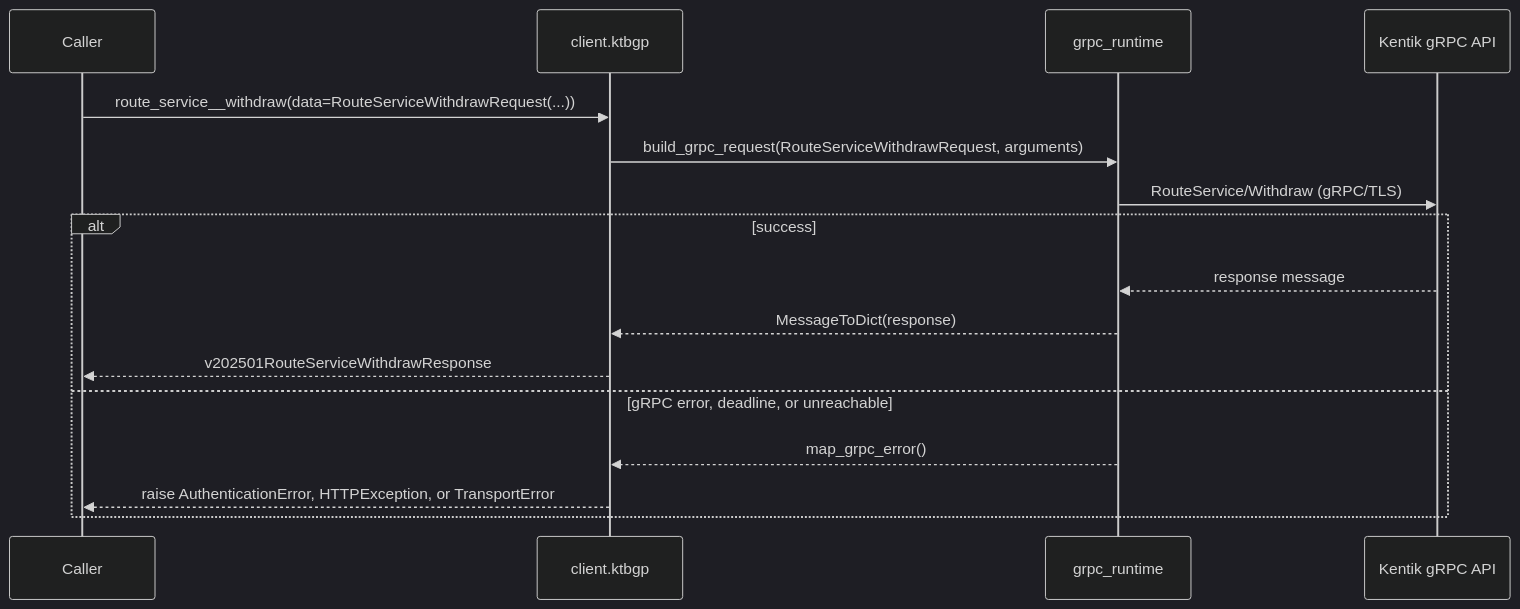
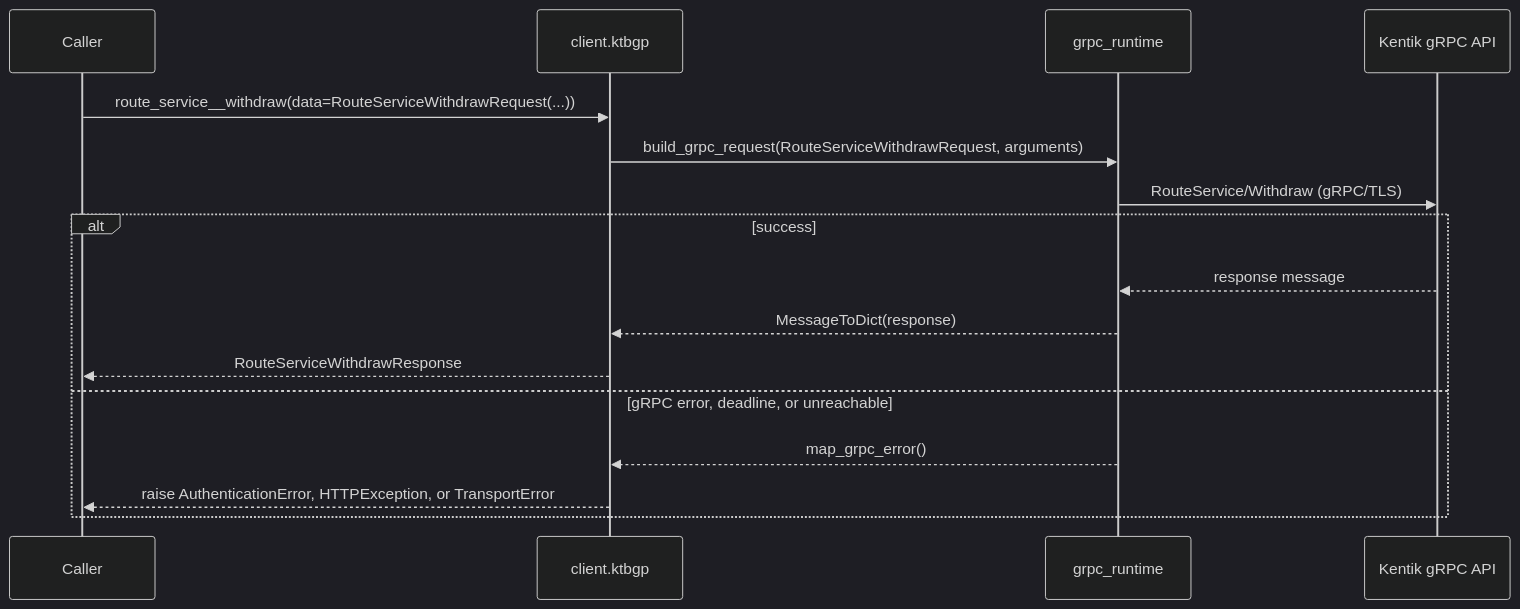
The seventh of 8 diagrams in docs/sphinx/services/ktbgp.md (alexdearaujo/community_sdk_python), drawn with Mermaid (dark theme) before and after one commit. The commit also changed other lines of this file and 38 other files, not shown here.

````diff
--- a/docs/sphinx/services/ktbgp.md
+++ b/docs/sphinx/services/ktbgp.md
@@ -205,19 +205,19 @@
 ```mermaid
 sequenceDiagram
     participant C as Caller
     participant W as client.ktbgp
     participant R as grpc_runtime
     participant API as Kentik gRPC API
 
     C->>W: route_service__withdraw(data=RouteServiceWithdrawRequest(...))
     W->>R: build_grpc_request(RouteServiceWithdrawRequest, arguments)
     R->>API: RouteService/Withdraw (gRPC/TLS)
     alt success
         API-->>R: response message
         R-->>W: MessageToDict(response)
-        W-->>C: v202501RouteServiceWithdrawResponse
+        W-->>C: RouteServiceWithdrawResponse
     else gRPC error, deadline, or unreachable
         R-->>W: map_grpc_error()
         W-->>C: raise AuthenticationError, HTTPException, or TransportError
     end
 ```
````
